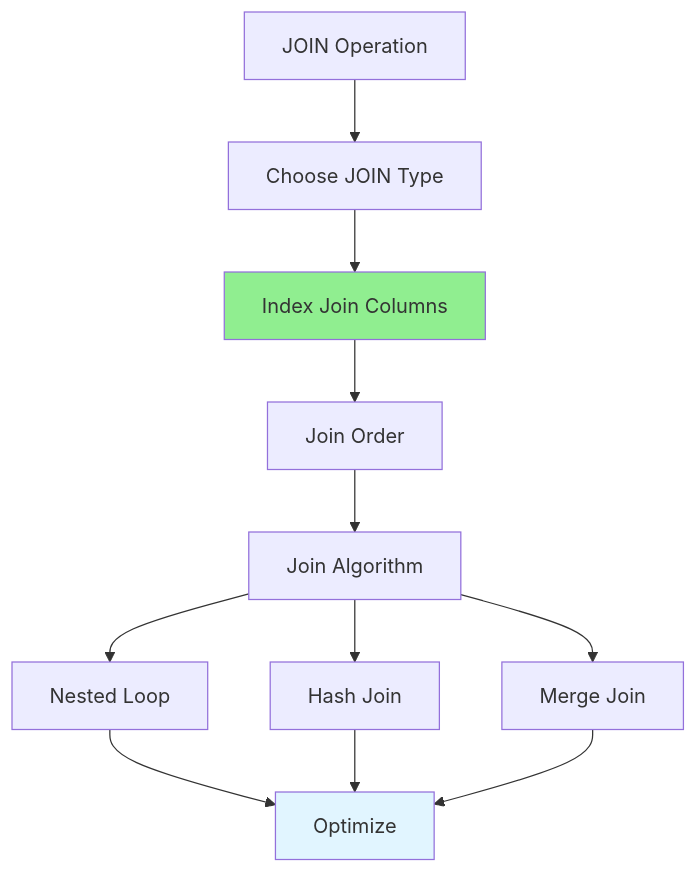
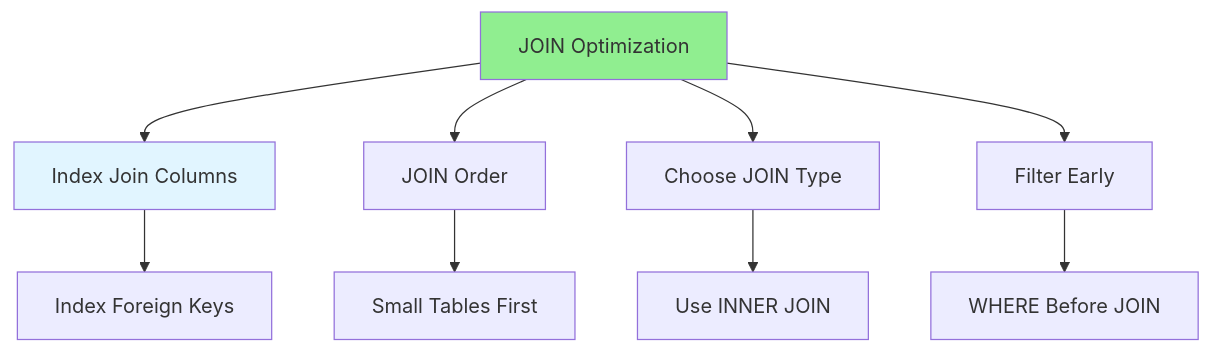
The diagram in Full-Stack-Guides/Group-06-Database-Analysis/06.06_JOIN_Optimization.md (iouthnamain/tech-note), drawn with Mermaid before and after one commit. The commit also changed other lines of this file and 480 other files, not shown here.

````diff
--- a/Full-Stack-Guides/Group-06-Database-Analysis/06.06_JOIN_Optimization.md
+++ b/Full-Stack-Guides/Group-06-Database-Analysis/06.06_JOIN_Optimization.md
@@ -22,18 +22,15 @@
 ```mermaid
 graph TD
-    Join[JOIN Operation] --> Type[Choose JOIN Type]
-    Type --> Index[Index Join Columns]
-    Index --> Order[Join Order]
-    Order --> Algorithm[Join Algorithm]
+    JOIN[JOIN Optimization] --> Index[Index Join Columns]
+    JOIN --> Order[JOIN Order]
+    JOIN --> Type[Choose JOIN Type]
+    JOIN --> Filter[Filter Early]
     
-    Algorithm --> Nested[Nested Loop]
-    Algorithm --> Hash[Hash Join]
-    Algorithm --> Merge[Merge Join]
+    Index --> ForeignKey[Index Foreign Keys]
+    Order --> SmallFirst[Small Tables First]
+    Type --> Inner[Use INNER JOIN]
+    Filter --> WHERE[WHERE Before JOIN]
     
-    Nested --> Optimize[Optimize]
-    Hash --> Optimize
-    Merge --> Optimize
-    
-    style Index fill:#90EE90
-    style Optimize fill:#e1f5ff
+    style JOIN fill:#90EE90
+    style Index fill:#e1f5ff
 ```
````
